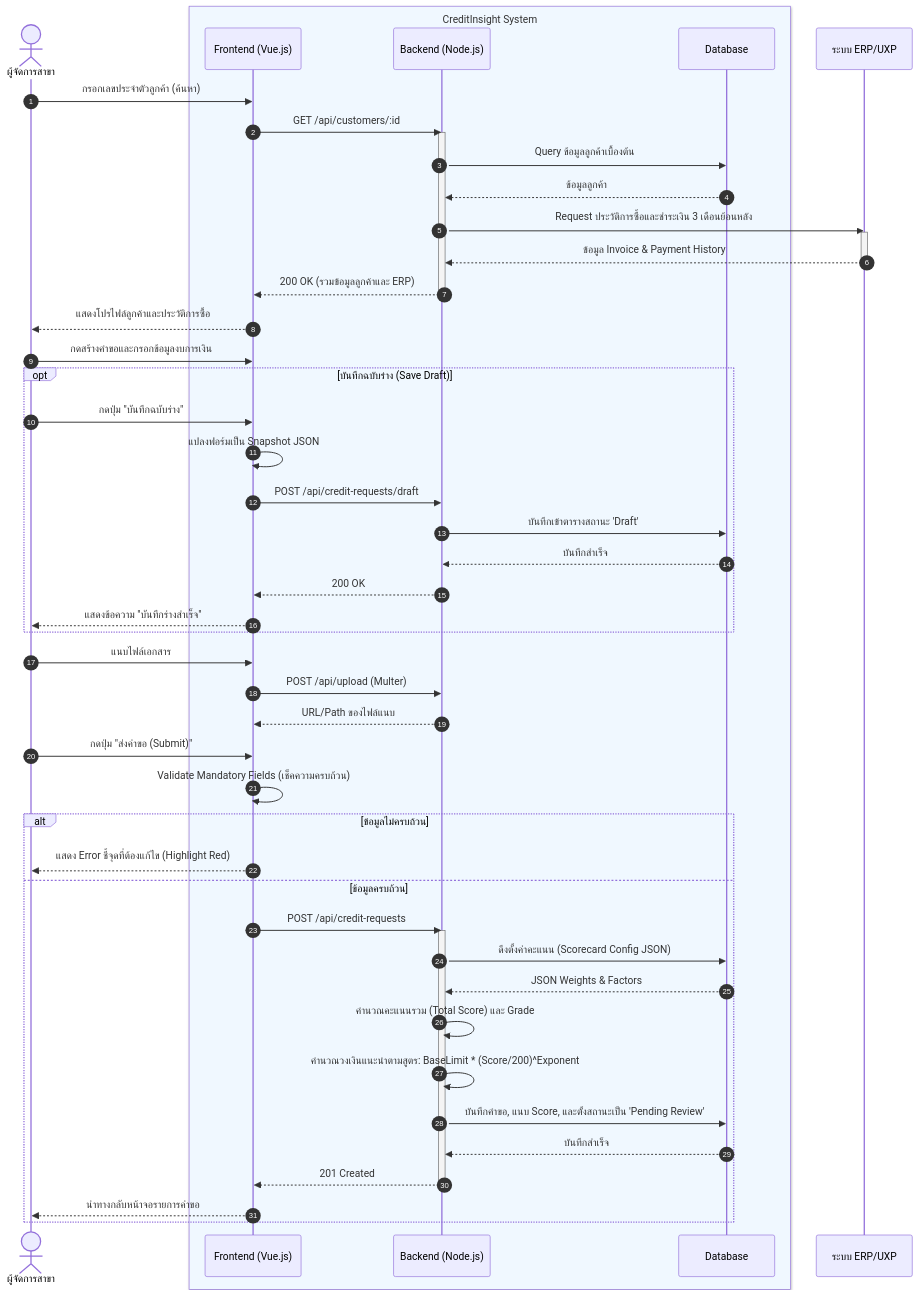
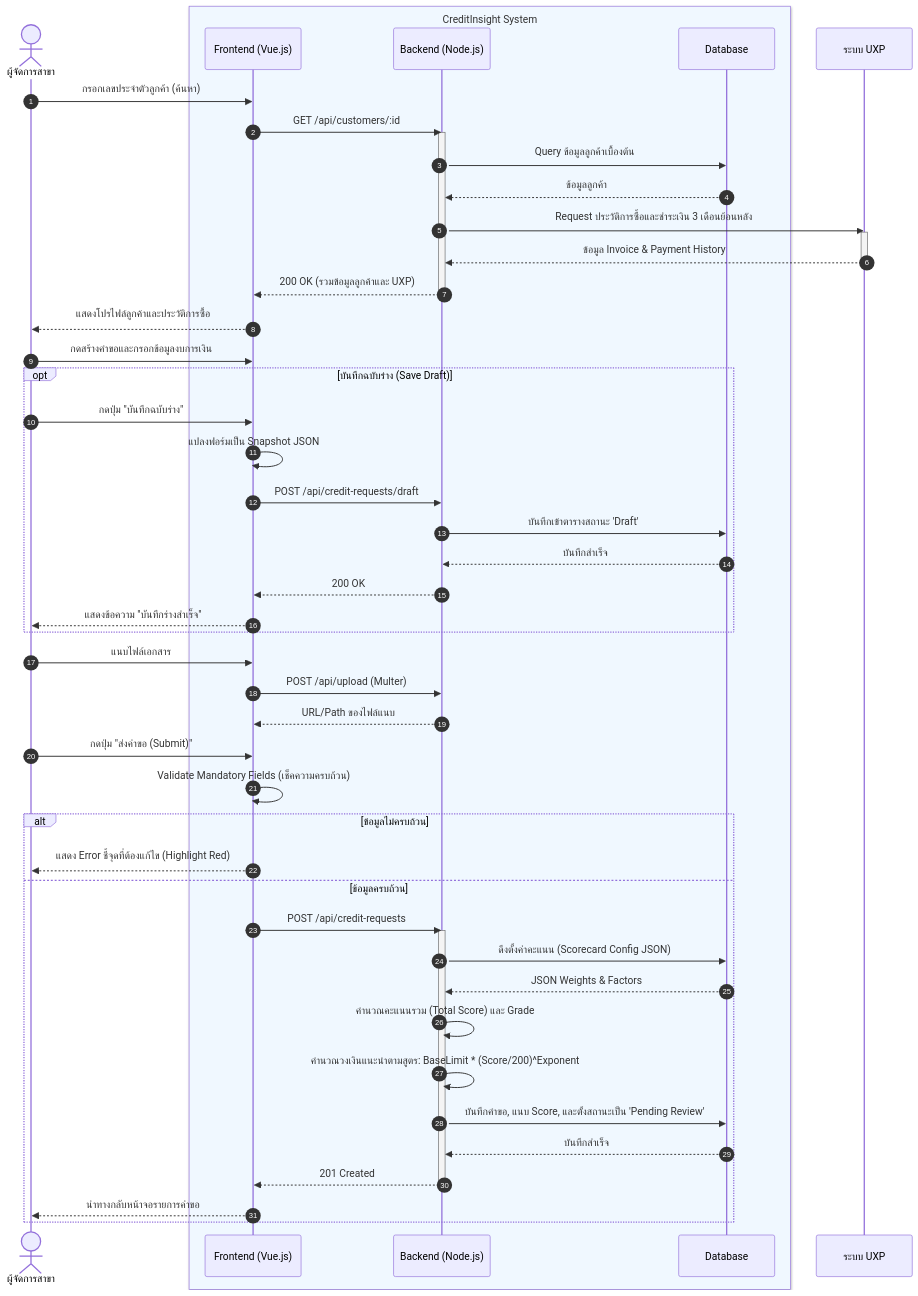
Before and after one commit to JinnawatJid/iNsightDocs: the second of 3 diagrams in docs/presentations/sequence_diagram.md, drawn with Mermaid. The commit also changed other lines of this file, not shown here.

Commit message:
Update sequence diagram to replace ERP with UXP

````diff
--- a/docs/presentations/sequence_diagram.md
+++ b/docs/presentations/sequence_diagram.md
@@ -71,69 +71,69 @@
 ```mermaid
 sequenceDiagram
     autonumber
     actor BM as ผู้จัดการสาขา
 
     box rgb(240, 248, 255) CreditInsight System
         participant Vue as Frontend (Vue.js)
         participant API as Backend (Node.js)
         participant DB as Database
     end
 
-    participant ERP as ระบบ ERP/UXP
+    participant UXP as ระบบ UXP
 
-    %% 1. Search & ERP Data Fetching
+    %% 1. Search & UXP Data Fetching
     BM->>Vue: กรอกเลขประจำตัวลูกค้า (ค้นหา)
     Vue->>API: GET /api/customers/:id
     activate API
     API->>DB: Query ข้อมูลลูกค้าเบื้องต้น
     DB-->>API: ข้อมูลลูกค้า
-    API->>ERP: Request ประวัติการซื้อและชำระเงิน 3 เดือนย้อนหลัง
-    activate ERP
-    ERP-->>API: ข้อมูล Invoice & Payment History
-    deactivate ERP
-    API-->>Vue: 200 OK (รวมข้อมูลลูกค้าและ ERP)
+    API->>UXP: Request ประวัติการซื้อและชำระเงิน 3 เดือนย้อนหลัง
+    activate UXP
+    UXP-->>API: ข้อมูล Invoice & Payment History
+    deactivate UXP
+    API-->>Vue: 200 OK (รวมข้อมูลลูกค้าและ UXP)
     deactivate API
     Vue-->>BM: แสดงโปรไฟล์ลูกค้าและประวัติการซื้อ
 
     %% 2. Create Request & Draft
     BM->>Vue: กดสร้างคำขอและกรอกข้อมูลงบการเงิน
 
     opt บันทึกฉบับร่าง (Save Draft)
         BM->>Vue: กดปุ่ม "บันทึกฉบับร่าง"
         Vue->>Vue: แปลงฟอร์มเป็น Snapshot JSON
         Vue->>API: POST /api/credit-requests/draft
         API->>DB: บันทึกเข้าตารางสถานะ 'Draft'
         DB-->>API: บันทึกสำเร็จ
         API-->>Vue: 200 OK
         Vue-->>BM: แสดงข้อความ "บันทึกร่างสำเร็จ"
     end
 
     %% 3. Form Validation & File Upload
     BM->>Vue: แนบไฟล์เอกสาร
     Vue->>API: POST /api/upload (Multer)
     API-->>Vue: URL/Path ของไฟล์แนบ
 
     BM->>Vue: กดปุ่ม "ส่งคำขอ (Submit)"
     Vue->>Vue: Validate Mandatory Fields (เช็คความครบถ้วน)
 
     %% 4. Scoring & Submission
     alt ข้อมูลไม่ครบถ้วน
         Vue-->>BM: แสดง Error ชี้จุดที่ต้องแก้ไข (Highlight Red)
     else ข้อมูลครบถ้วน
         Vue->>API: POST /api/credit-requests
         activate API
 
         %% Scoring Engine Logic
         API->>DB: ดึงตั้งค่าคะแนน (Scorecard Config JSON)
         DB-->>API: JSON Weights & Factors
         API->>API: คำนวณคะแนนรวม (Total Score) และ Grade
         API->>API: คำนวณวงเงินแนะนำตามสูตร: BaseLimit * (Score/200)^Exponent
 
         %% Save & Workflow Transition
         API->>DB: บันทึกคำขอ, แนบ Score, และตั้งสถานะเป็น 'Pending Review'
         DB-->>API: บันทึกสำเร็จ
         API-->>Vue: 201 Created
         deactivate API
         Vue-->>BM: นำทางกลับหน้าจอรายการคำขอ
     end
 ```
````
